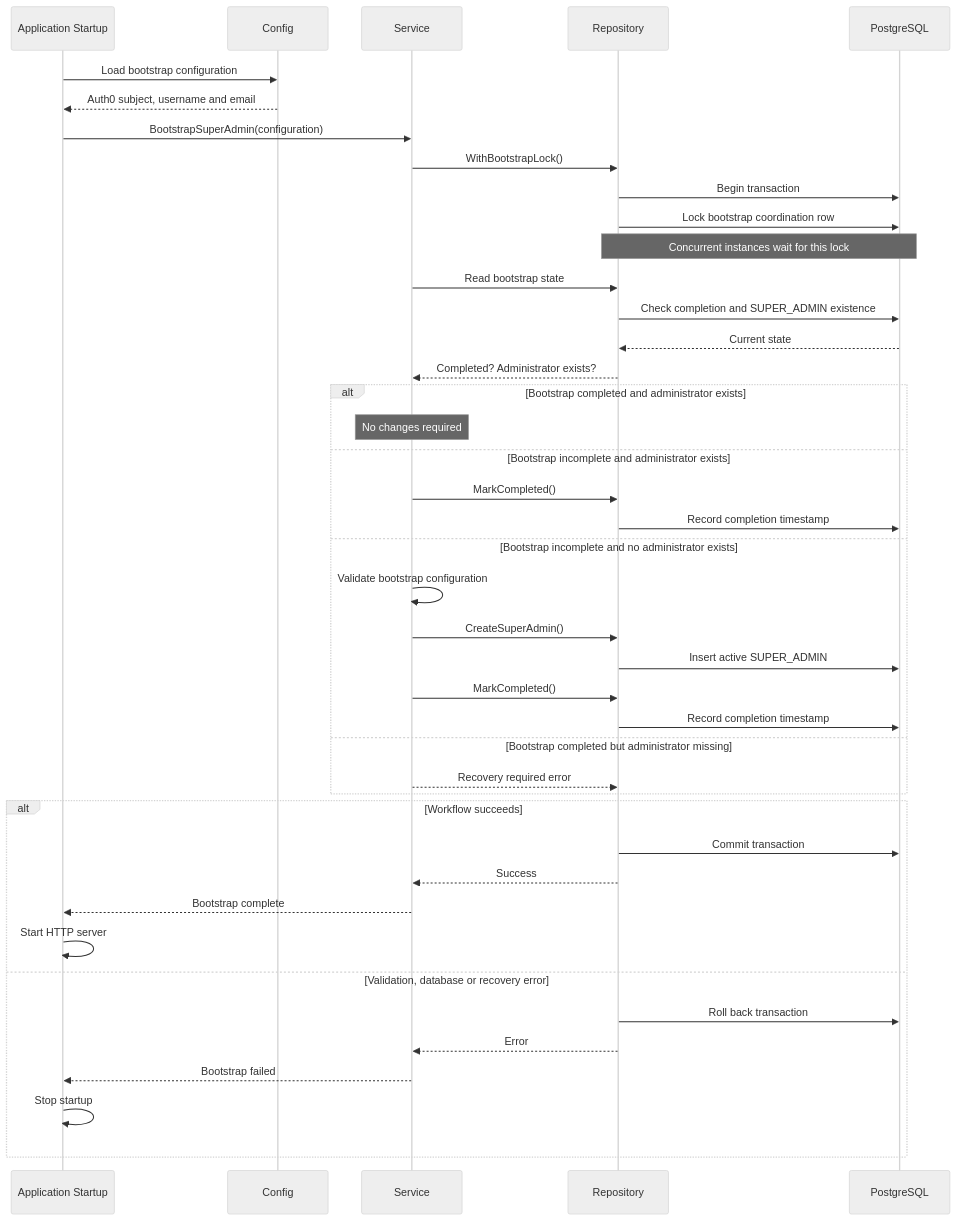
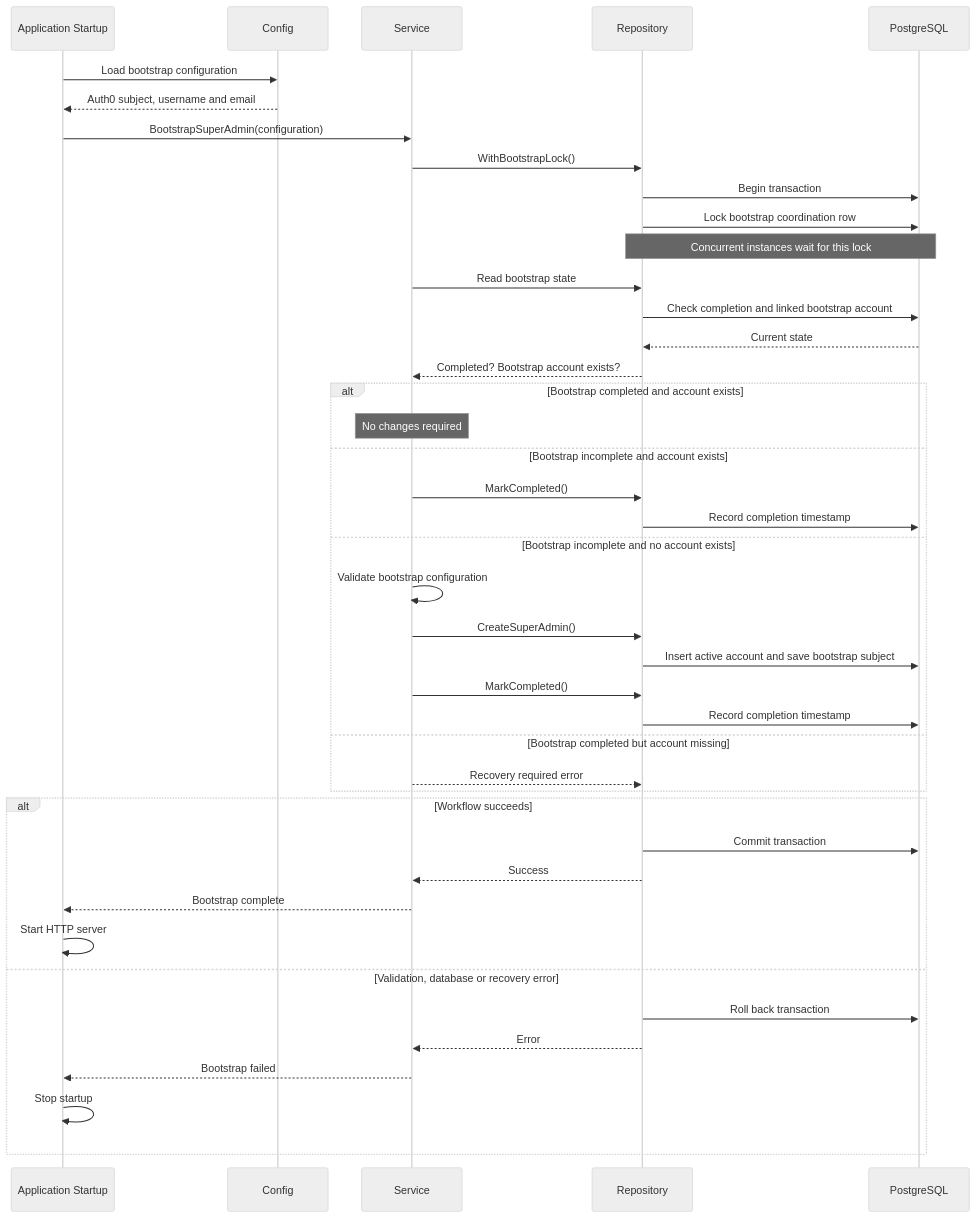
The seventh of 8 diagrams in user-service/docs/architecture.md (AY2627S1-CS3219-P33/FoC-Template), drawn with Mermaid (neutral theme) before and after one commit. The commit also changed other lines of this file and 27 other files, not shown here.

````diff
--- a/user-service/docs/architecture.md
+++ b/user-service/docs/architecture.md
@@ -171,44 +171,44 @@
 ```mermaid
 sequenceDiagram
     participant Main as Application Startup
     participant Config
     participant Service
     participant Repository
     participant DB as PostgreSQL
     Main->>Config: Load bootstrap configuration
     Config-->>Main: Auth0 subject, username and email
     Main->>Service: BootstrapSuperAdmin(configuration)
     Service->>Repository: WithBootstrapLock()
     Repository->>DB: Begin transaction
     Repository->>DB: Lock bootstrap coordination row
     Note over Repository,DB: Concurrent instances wait for this lock
     Service->>Repository: Read bootstrap state
-    Repository->>DB: Check completion and SUPER_ADMIN existence
+    Repository->>DB: Check completion and linked bootstrap account
     DB-->>Repository: Current state
-    Repository-->>Service: Completed? Administrator exists?
-    alt Bootstrap completed and administrator exists
+    Repository-->>Service: Completed? Bootstrap account exists?
+    alt Bootstrap completed and account exists
         Note over Service: No changes required
-    else Bootstrap incomplete and administrator exists
+    else Bootstrap incomplete and account exists
         Service->>Repository: MarkCompleted()
         Repository->>DB: Record completion timestamp
-    else Bootstrap incomplete and no administrator exists
+    else Bootstrap incomplete and no account exists
         Service->>Service: Validate bootstrap configuration
         Service->>Repository: CreateSuperAdmin()
-        Repository->>DB: Insert active SUPER_ADMIN
+        Repository->>DB: Insert active account and save bootstrap subject
         Service->>Repository: MarkCompleted()
         Repository->>DB: Record completion timestamp
-    else Bootstrap completed but administrator missing
+    else Bootstrap completed but account missing
         Service-->>Repository: Recovery required error
     end
     alt Workflow succeeds
         Repository->>DB: Commit transaction
         Repository-->>Service: Success
         Service-->>Main: Bootstrap complete
         Main->>Main: Start HTTP server
     else Validation, database or recovery error
         Repository->>DB: Roll back transaction
         Repository-->>Service: Error
         Service-->>Main: Bootstrap failed
         Main->>Main: Stop startup
     end
 ```
````
